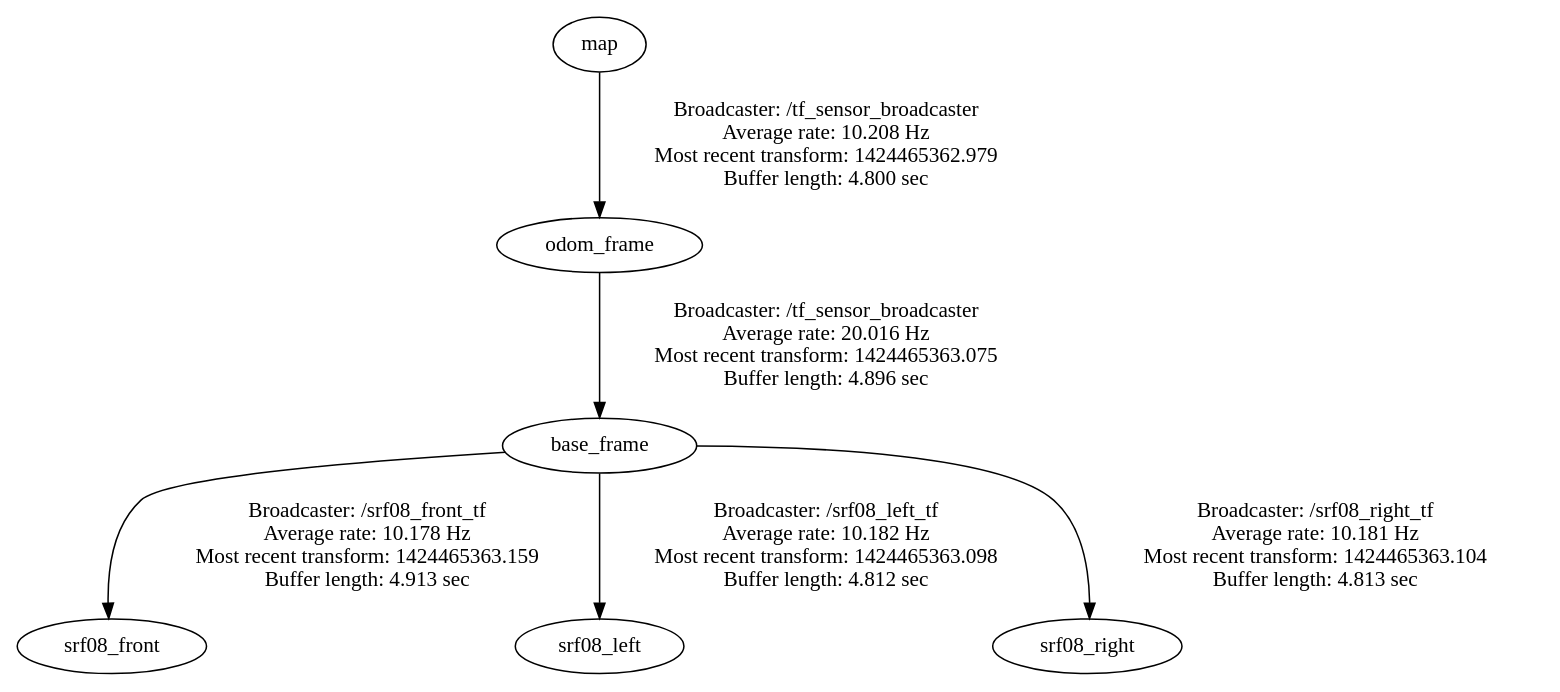
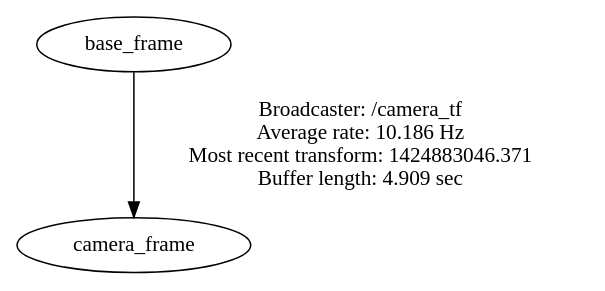
One commit to nickkw/roshydro changed the diagram in frames.gv. Above: the diagram before and after it, drawn with Graphviz. The commit also changed 290 other files, not shown here.

```diff
--- a/frames.gv
+++ b/frames.gv
@@ -1,7 +1,3 @@
 digraph G {
-"base_frame" -> "srf08_front"[label="Broadcaster: /srf08_front_tf\nAverage rate: 10.178 Hz\nMost recent transform: 1424465363.159 \nBuffer length: 4.913 sec\n"];
-"odom_frame" -> "base_frame"[label="Broadcaster: /tf_sensor_broadcaster\nAverage rate: 20.016 Hz\nMost recent transform: 1424465363.075 \nBuffer length: 4.896 sec\n"];
-"map" -> "odom_frame"[label="Broadcaster: /tf_sensor_broadcaster\nAverage rate: 10.208 Hz\nMost recent transform: 1424465362.979 \nBuffer length: 4.800 sec\n"];
-"base_frame" -> "srf08_left"[label="Broadcaster: /srf08_left_tf\nAverage rate: 10.182 Hz\nMost recent transform: 1424465363.098 \nBuffer length: 4.812 sec\n"];
-"base_frame" -> "srf08_right"[label="Broadcaster: /srf08_right_tf\nAverage rate: 10.181 Hz\nMost recent transform: 1424465363.104 \nBuffer length: 4.813 sec\n"];
+"base_frame" -> "camera_frame"[label="Broadcaster: /camera_tf\nAverage rate: 10.186 Hz\nMost recent transform: 1424883046.371 \nBuffer length: 4.909 sec\n"];
 }
```
